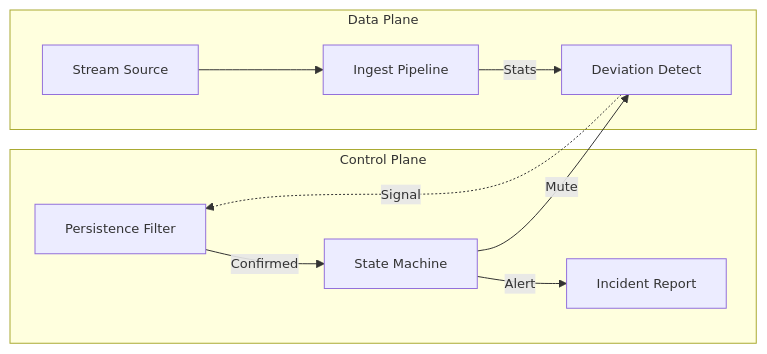
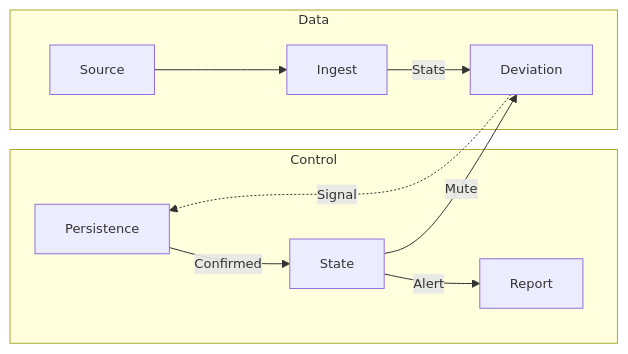
The diagram in README.md (Mihirmaru22/BLACKICE), drawn with Mermaid before and after one commit.

Commit message:
docs: use single-word labels in mermaid diagram for compactness

````diff
--- a/README.md
+++ b/README.md
@@ -74,30 +74,30 @@
 ```mermaid
 %%{init: {'themeVariables': { 'fontSize': '13px'}}}%%
 graph LR
   %% 1. Define Subgraphs
-  subgraph Control["Control Plane"]
-    PF[Persistence Filter]
-    SM[State Machine]
-    IR[Incident Report]
+  subgraph Control["Control"]
+    PF[Persistence]
+    SM[State]
+    IR[Report]
   end
 
-  subgraph Data["Data Plane"]
-    SS[Stream Source]
-    IP[Ingest Pipeline]
-    DD[Deviation Detect]
+  subgraph Data["Data"]
+    SS[Source]
+    IP[Ingest]
+    DD[Deviation]
   end
 
   %% 2. Data Plane Flow
   SS --> IP
   IP -->|Stats| DD
 
   %% 3. Cross-Layer Signal
   DD -.->|Signal| PF
 
   %% 4. Control Plane Flow
   PF -->|Confirmed| SM
   SM -->|Alert| IR
 
   %% 5. Feedback Loop
   SM -->|Mute| DD
 ```
````
